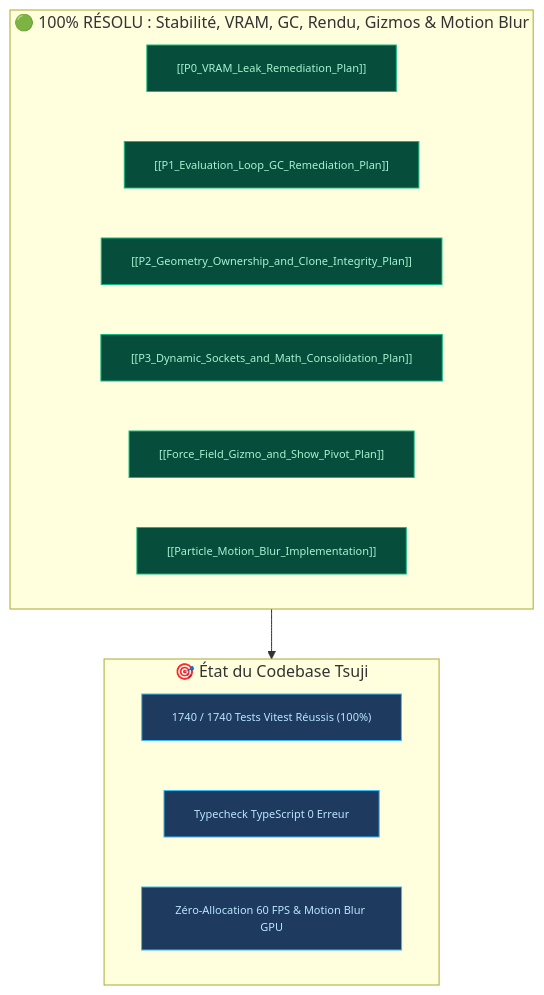
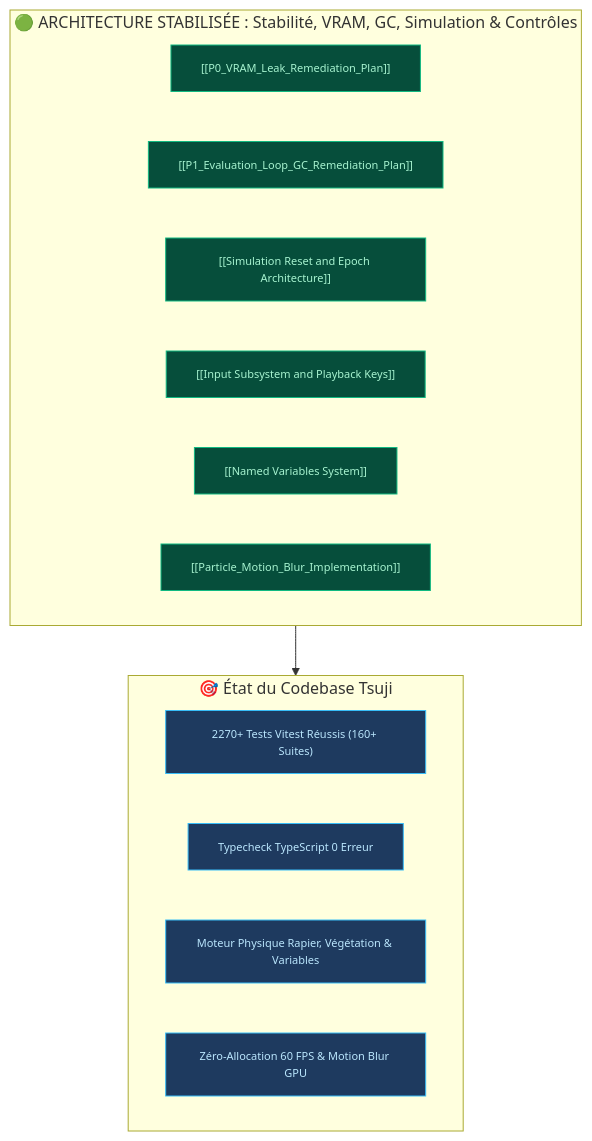
The diagram in docs_vault/Dashboard.md (Nikos-Unilasalle/tsuji), drawn with Mermaid before and after one commit. The commit also changed other lines of this file and 12 other files, not shown here.

````diff
--- a/docs_vault/Dashboard.md
+++ b/docs_vault/Dashboard.md
@@ -63,25 +63,26 @@
 ```mermaid
 flowchart TD
-    subgraph ALL_RESOLVED["🟢 100% RÉSOLU : Stabilité, VRAM, GC, Rendu, Gizmos & Motion Blur"]
+    subgraph ALL_RESOLVED["🟢 ARCHITECTURE STABILISÉE : Stabilité, VRAM, GC, Simulation & Contrôles"]
         F1["[[P0_VRAM_Leak_Remediation_Plan]]"]
         F2["[[P1_Evaluation_Loop_GC_Remediation_Plan]]"]
-        F3["[[P2_Geometry_Ownership_and_Clone_Integrity_Plan]]"]
-        F4["[[P3_Dynamic_Sockets_and_Math_Consolidation_Plan]]"]
-        F5["[[Force_Field_Gizmo_and_Show_Pivot_Plan]]"]
+        F3["[[Simulation Reset and Epoch Architecture]]"]
+        F4["[[Input Subsystem and Playback Keys]]"]
+        F5["[[Named Variables System]]"]
         F6["[[Particle_Motion_Blur_Implementation]]"]
     end
 
     subgraph STATUS["🎯 État du Codebase Tsuji"]
-        S1["1740 / 1740 Tests Vitest Réussis (100%)"]
+        S1["2270+ Tests Vitest Réussis (160+ Suites)"]
         S2["Typecheck TypeScript 0 Erreur"]
-        S3["Zéro-Allocation 60 FPS & Motion Blur GPU"]
+        S3["Moteur Physique Rapier, Végétation & Variables"]
+        S4["Zéro-Allocation 60 FPS & Motion Blur GPU"]
     end
 
     ALL_RESOLVED --> STATUS
 
     classDef ok fill:#064e3b,stroke:#10b981,color:#a7f3d0,font-size:11px;
     classDef st fill:#1e3a5f,stroke:#38bdf8,color:#bae6fd,font-size:11px;
 
     class F1,F2,F3,F4,F5,F6 ok;
-    class S1,S2,S3 st;
+    class S1,S2,S3,S4 st;
 ```
````
